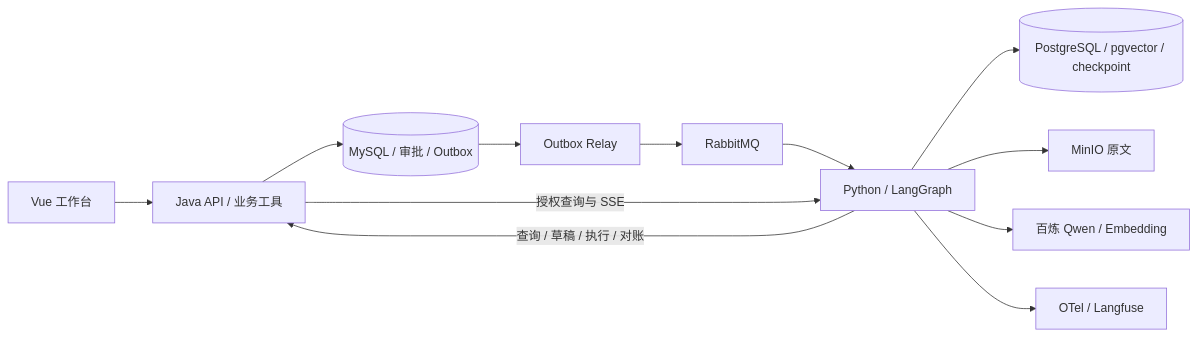
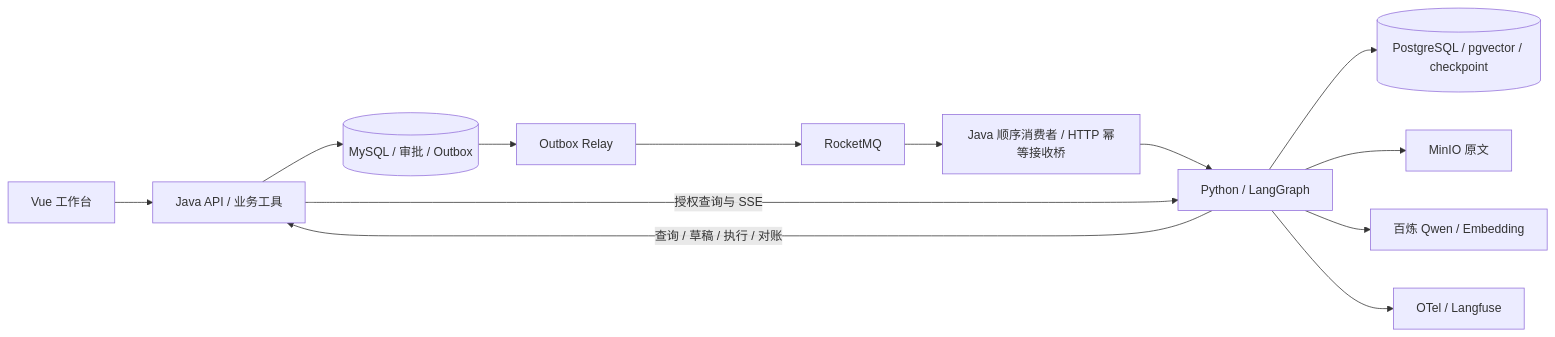
The diagram in README.md (Chen166-cloud/zhikexing-backend), drawn with Mermaid before and after one commit. The commit also changed other lines of this file and 60 other files, not shown here.

````diff
--- a/README.md
+++ b/README.md
@@ -41,14 +45,15 @@
 ```mermaid
 flowchart LR
     Vue[Vue 工作台] --> Java[Java API / 业务工具]
     Java --> MySQL[(MySQL / 审批 / Outbox)]
     MySQL --> Relay[Outbox Relay]
-    Relay --> MQ[RabbitMQ]
-    MQ --> Python[Python / LangGraph]
+    Relay --> MQ[RocketMQ]
+    MQ --> Bridge[Java 顺序消费者 / HTTP 幂等接收桥]
+    Bridge --> Python[Python / LangGraph]
     Java -->|授权查询与 SSE| Python
     Python -->|查询 / 草稿 / 执行 / 对账| Java
     Python --> PG[(PostgreSQL / pgvector / checkpoint)]
     Python --> S3[MinIO 原文]
     Python --> Bailian[百炼 Qwen / Embedding]
     Python --> OTel[OTel / Langfuse]
 ```
````
